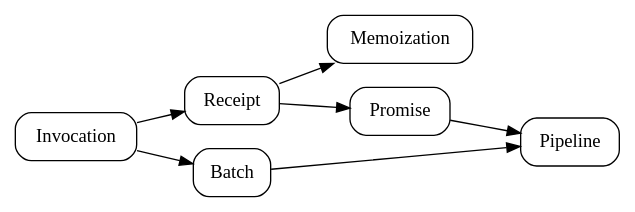
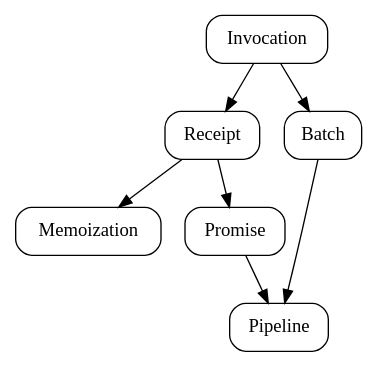
Before and after one commit to ucan-wg/invocation: the diagram in diagrams/concepts.dot, drawn with Graphviz.

Commit message:
Continuously tweaking this diagram

```diff
--- a/diagrams/concepts.dot
+++ b/diagrams/concepts.dot
@@ -1,12 +1,10 @@
 digraph {
-    rankdir="LR"
-
     node [
       style=rounded
       shape=box
     ]
 
     Receipt -> Memoization
     Invocation -> Receipt -> Promise -> Pipeline
     Invocation -> Batch -> Pipeline
 }
```
